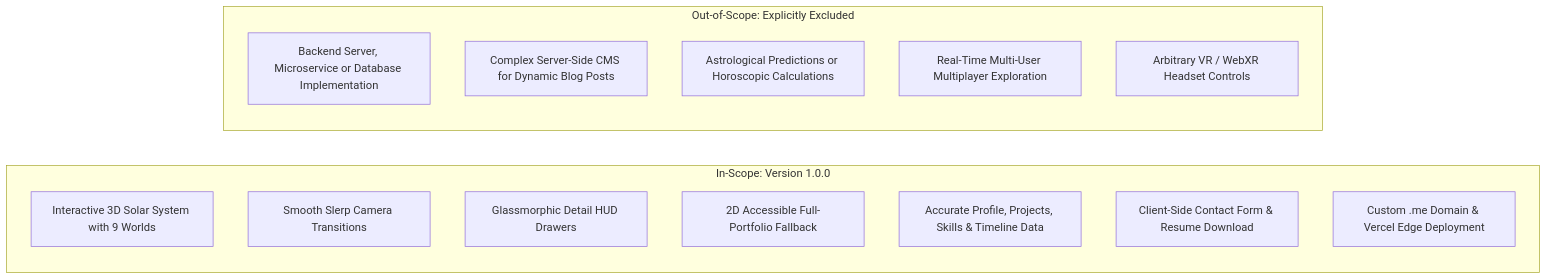
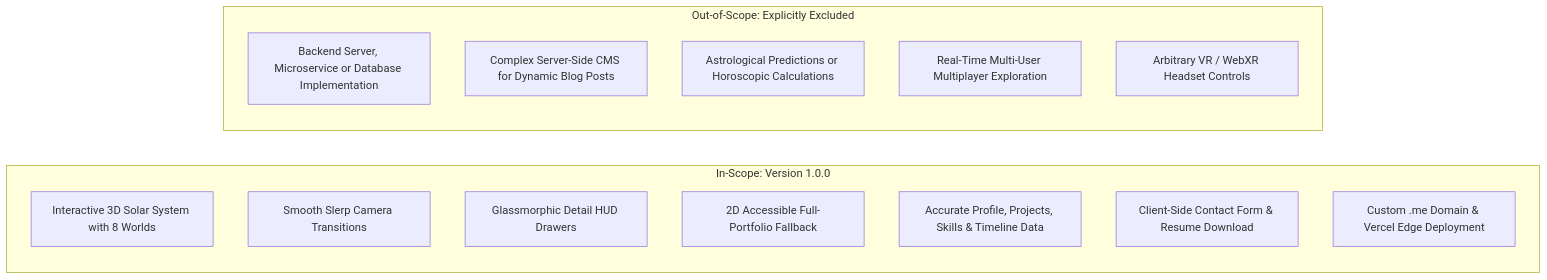
The diagram in docs/requirements/PRODUCT_REQUIREMENTS.md (Rudra130/rudra-portfolio), drawn with Mermaid before and after one commit. The commit also changed other lines of this file and 18 other files, not shown here.

Commit message:
docs: synchronize README, architecture, design, and roadmap with current 8-world Keplerian solar system

````diff
--- a/docs/requirements/PRODUCT_REQUIREMENTS.md
+++ b/docs/requirements/PRODUCT_REQUIREMENTS.md
@@ -42,20 +42,20 @@
 ```mermaid
 graph LR
     subgraph In_Scope [In-Scope: Version 1.0.0]
-        S1[Interactive 3D Solar System with 9 Worlds]
+        S1[Interactive 3D Solar System with 8 Worlds]
         S2[Smooth Slerp Camera Transitions]
         S3[Glassmorphic Detail HUD Drawers]
         S4[2D Accessible Full-Portfolio Fallback]
         S5[Accurate Profile, Projects, Skills & Timeline Data]
         S6[Client-Side Contact Form & Resume Download]
         S7[Custom .me Domain & Vercel Edge Deployment]
     end
 
     subgraph Out_of_Scope [Out-of-Scope: Explicitly Excluded]
         O1[Backend Server, Microservice or Database Implementation]
         O2[Complex Server-Side CMS for Dynamic Blog Posts]
         O3[Astrological Predictions or Horoscopic Calculations]
         O4[Real-Time Multi-User Multiplayer Exploration]
         O5[Arbitrary VR / WebXR Headset Controls]
     end
 ```
````
